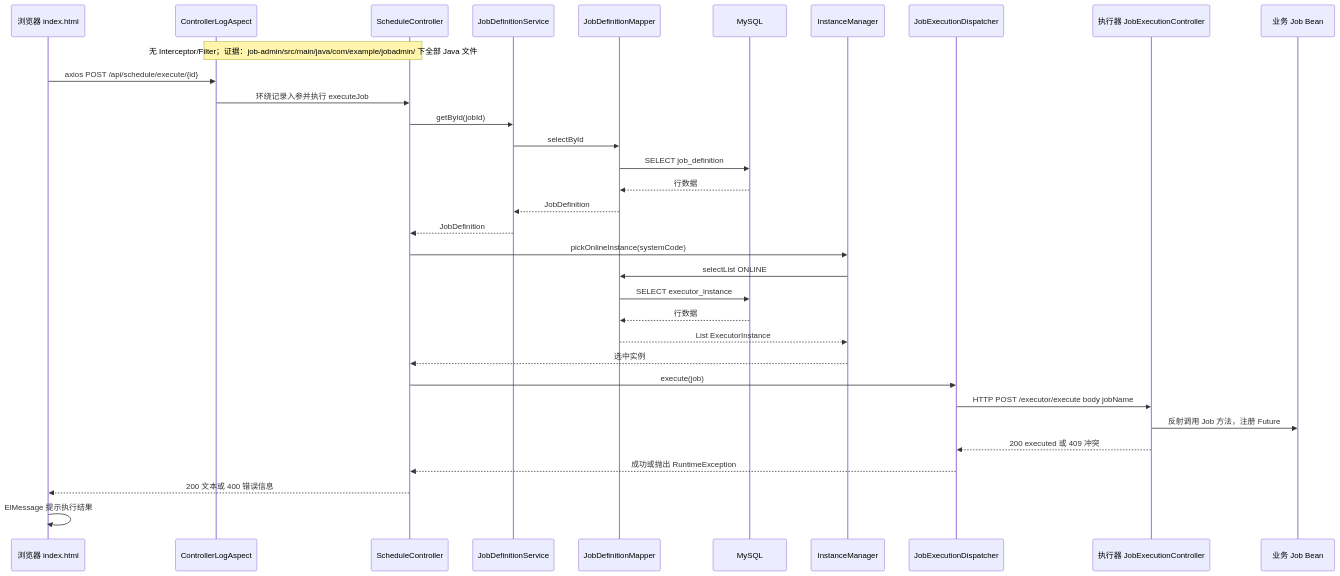
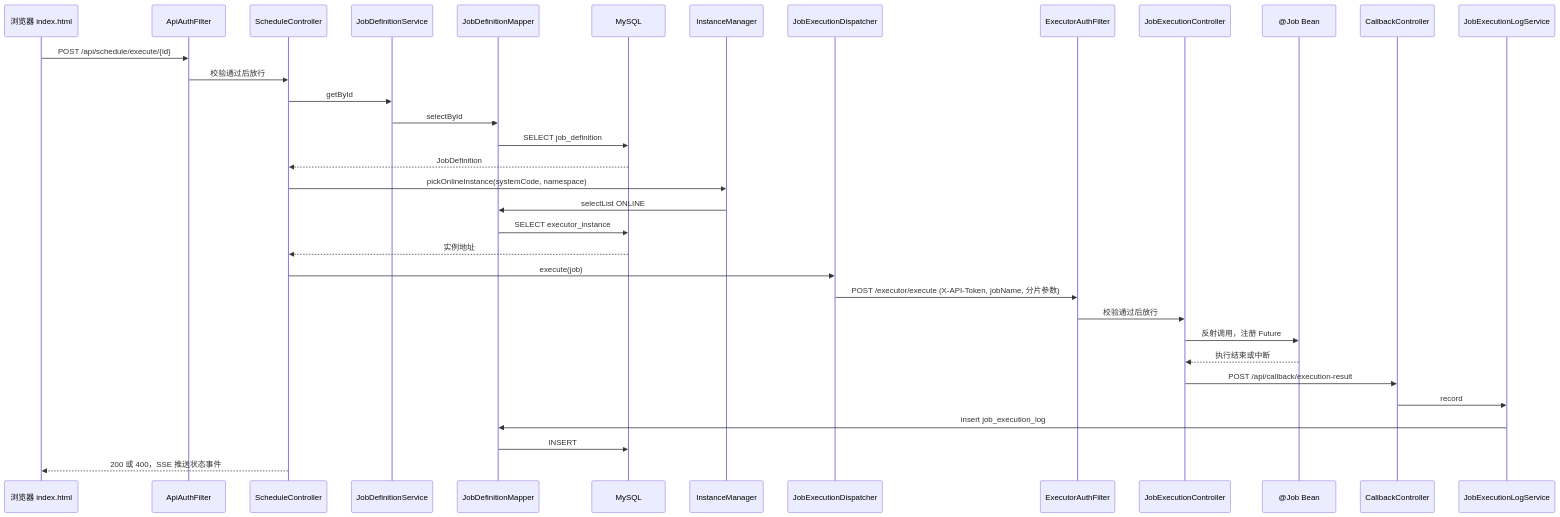
The third of 3 diagrams in doc/architecture.md (jybecnu163/jobs-admin), drawn with Mermaid before and after one commit. The commit also changed other lines of this file and 55 other files, not shown here.

````diff
--- a/doc/architecture.md
+++ b/doc/architecture.md
@@ -170,35 +175,36 @@
 ```mermaid
 sequenceDiagram
     participant B as 浏览器 index.html
-    participant A as ControllerLogAspect
+    participant F as ApiAuthFilter
     participant C as ScheduleController
     participant V as JobDefinitionService
     participant M as JobDefinitionMapper
     participant D as MySQL
     participant I as InstanceManager
     participant P as JobExecutionDispatcher
-    participant E as 执行器 JobExecutionController
-    participant J as 业务 Job Bean
-    Note over A,C: 无 Interceptor/Filter；证据：job-admin/src/main/java/com/example/jobadmin/ 下全部 Java 文件
-    B->>A: axios POST /api/schedule/execute/{id}
-    A->>C: 环绕记录入参并执行 executeJob
-    C->>V: getById(jobId)
+    participant E as ExecutorAuthFilter
+    participant X as JobExecutionController
+    participant J as @Job Bean
+    participant CB as CallbackController
+    participant L as JobExecutionLogService
+    B->>F: POST /api/schedule/execute/{id}
+    F->>C: 校验通过后放行
+    C->>V: getById
     V->>M: selectById
     M->>D: SELECT job_definition
-    D-->>M: 行数据
-    M-->>V: JobDefinition
-    V-->>C: JobDefinition
-    C->>I: pickOnlineInstance(systemCode)
+    D-->>C: JobDefinition
+    C->>I: pickOnlineInstance(systemCode, namespace)
     I->>M: selectList ONLINE
     M->>D: SELECT executor_instance
-    D-->>M: 行数据
-    M-->>I: List ExecutorInstance
-    I-->>C: 选中实例
+    D-->>C: 实例地址
     C->>P: execute(job)
-    P->>E: HTTP POST /executor/execute body jobName
-    E->>J: 反射调用 Job 方法，注册 Future
-    E-->>P: 200 executed 或 409 冲突
-    P-->>C: 成功或抛出 RuntimeException
-    C-->>B: 200 文本或 400 错误信息
-    B->>B: ElMessage 提示执行结果
+    P->>E: POST /executor/execute (X-API-Token, jobName, 分片参数)
+    E->>X: 校验通过后放行
+    X->>J: 反射调用，注册 Future
+    J-->>X: 执行结束或中断
+    X->>CB: POST /api/callback/execution-result
+    CB->>L: record
+    L->>M: insert job_execution_log
+    M->>D: INSERT
+    C-->>B: 200 或 400，SSE 推送状态事件
 ```
````
